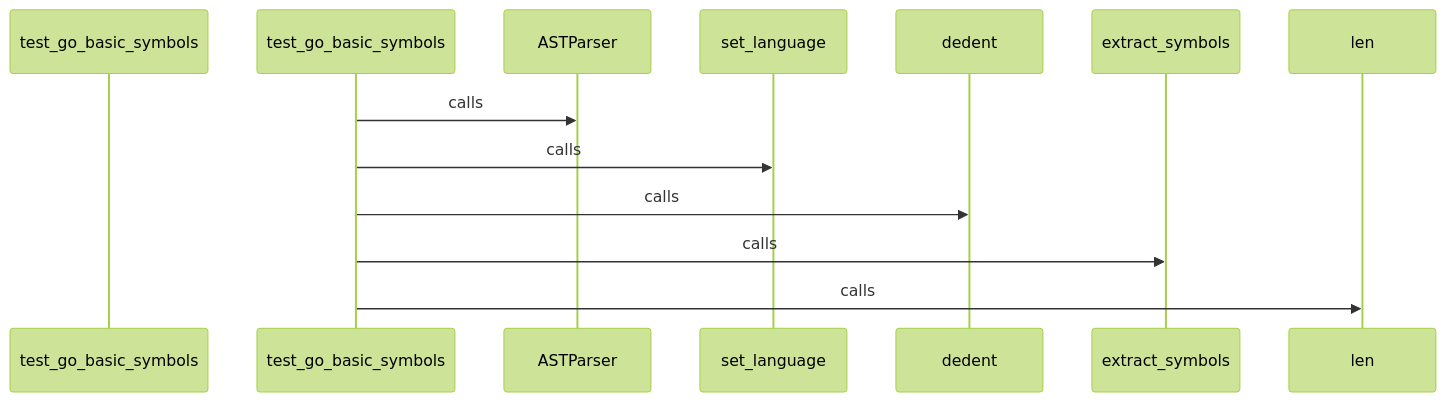
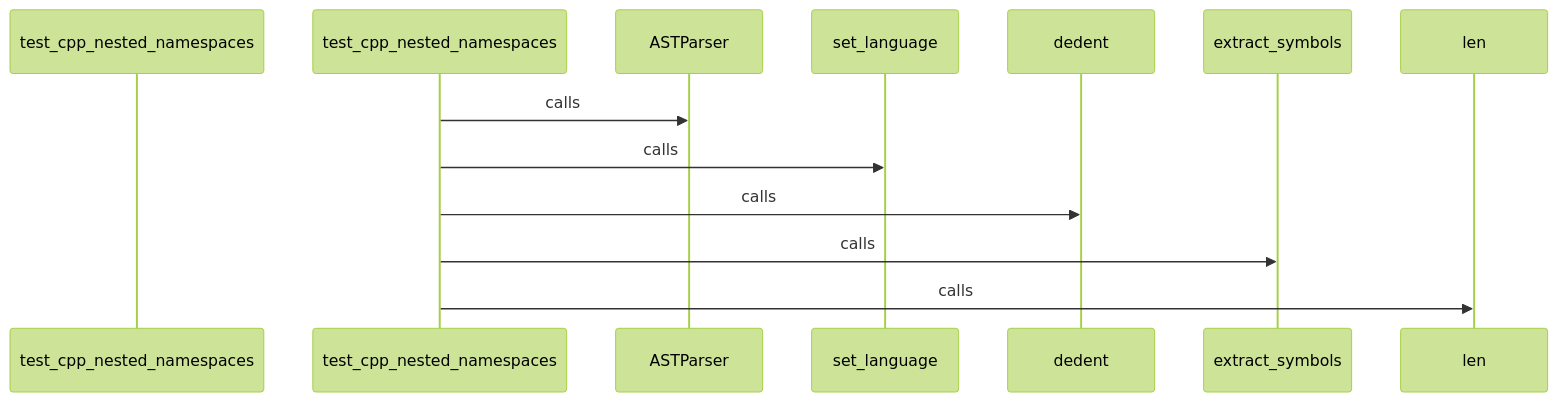
One commit to hazalkoom/DECODEx01 changed diagram 24 of 27 in docs/CALL_FLOW.md. Above: the diagram before and after it, drawn with Mermaid (forest theme). The commit also changed other lines of this file and 8 other files, not shown here.

````diff
--- a/docs/CALL_FLOW.md
+++ b/docs/CALL_FLOW.md
@@ -1045,25 +927,25 @@
 ```mermaid
 sequenceDiagram
-    participant Start as test_go_basic_symbols
+    participant Start as test_cpp_nested_namespaces
 
 
-    test_go_basic_symbols->>ASTParser: calls
+    test_cpp_nested_namespaces->>ASTParser: calls
 
 
 
-    test_go_basic_symbols->>set_language: calls
+    test_cpp_nested_namespaces->>set_language: calls
 
 
 
-    test_go_basic_symbols->>dedent: calls
+    test_cpp_nested_namespaces->>dedent: calls
 
 
 
-    test_go_basic_symbols->>extract_symbols: calls
+    test_cpp_nested_namespaces->>extract_symbols: calls
 
 
 
-    test_go_basic_symbols->>len: calls
+    test_cpp_nested_namespaces->>len: calls
 
 
 ```
````
